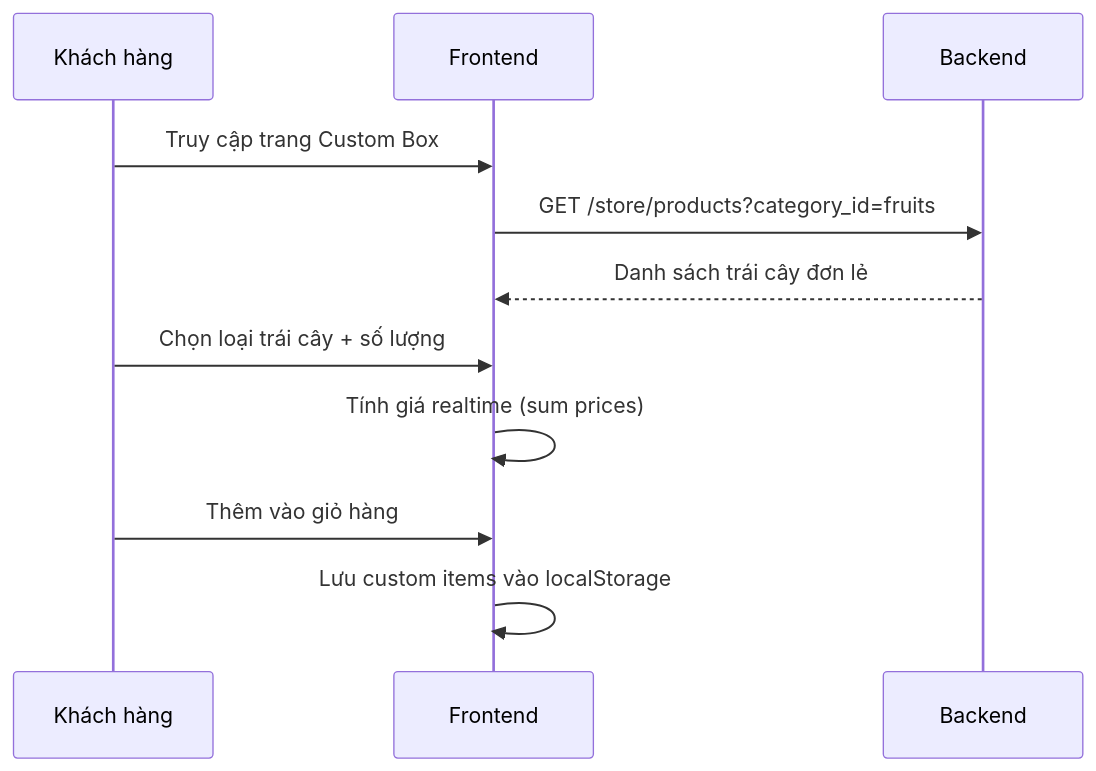
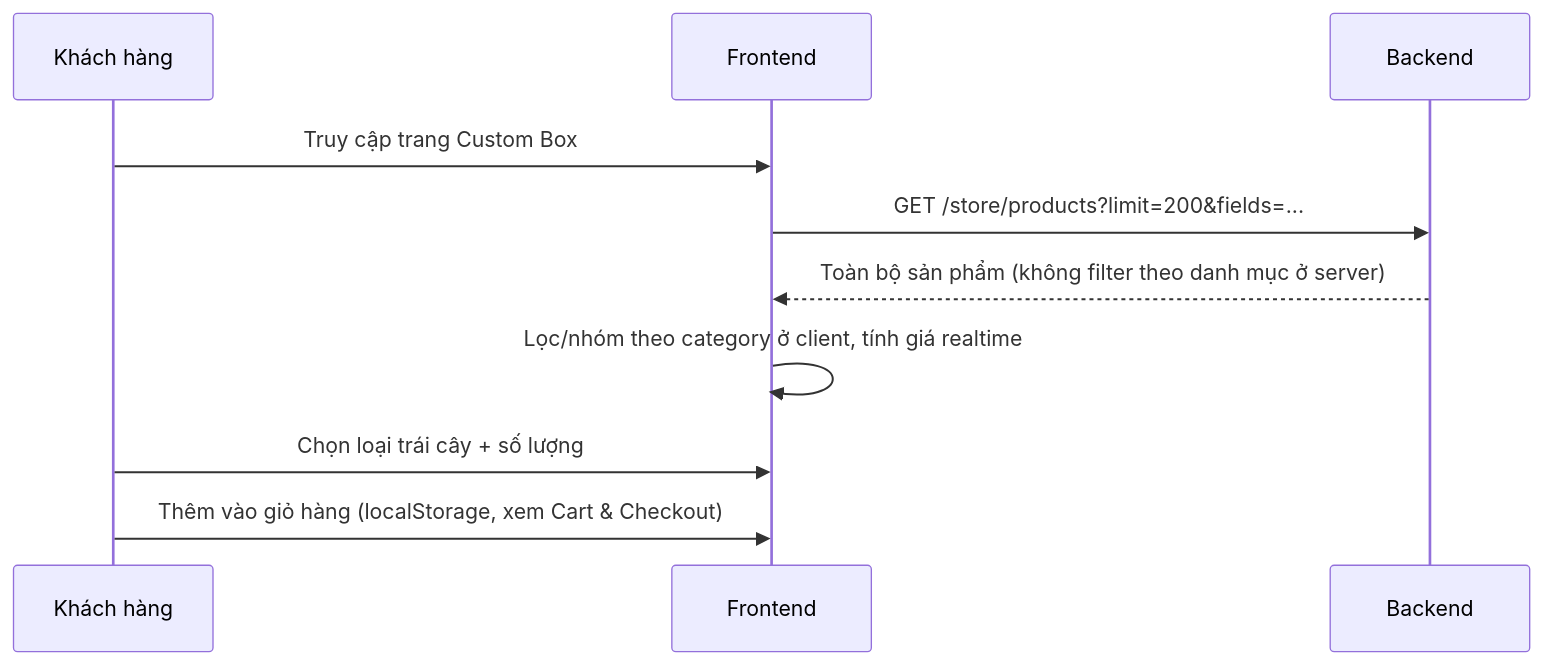
One commit to pathust/mong.fruitboxz changed the diagram in docs/02-products/README.md. Above: the diagram before and after it, drawn with Mermaid. The commit also changed other lines of this file, not shown here.

First line of the commit message:
docs(products): correct search mechanism, banner source, and upload endpoint

````diff
--- a/docs/02-products/README.md
+++ b/docs/02-products/README.md
@@ -162,14 +83,13 @@
 ```mermaid
 sequenceDiagram
     participant U as Khách hàng
     participant SF as Frontend
     participant API as Backend
 
     U->>SF: Truy cập trang Custom Box
-    SF->>API: GET /store/products?category_id=fruits
-    API-->>SF: Danh sách trái cây đơn lẻ
+    SF->>API: GET /store/products?limit=200&fields=...
+    API-->>SF: Toàn bộ sản phẩm (không filter theo danh mục ở server)
+    SF->>SF: Lọc/nhóm theo category ở client, tính giá realtime
     U->>SF: Chọn loại trái cây + số lượng
-    SF->>SF: Tính giá realtime (sum prices)
-    U->>SF: Thêm vào giỏ hàng
-    SF->>SF: Lưu custom items vào localStorage
+    U->>SF: Thêm vào giỏ hàng (localStorage, xem Cart & Checkout)
 ```
````
